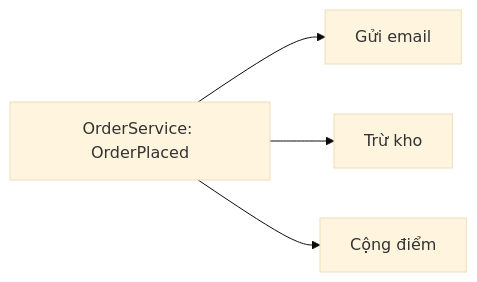
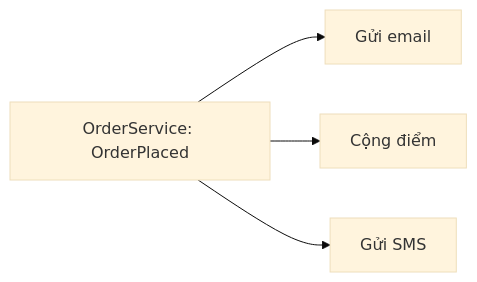
Before and after one commit to vielang/vielang: the diagram in content/it/kien-truc/04-design-pattern/04-observer.md, drawn with Mermaid (base theme). The commit also changed other lines of this file and 17 other files, not shown here.

````diff
--- a/content/it/kien-truc/04-design-pattern/04-observer.md
+++ b/content/it/kien-truc/04-design-pattern/04-observer.md
@@ -48,6 +49,6 @@
 ```mermaid OrderService phát một thông báo, nhiều bên cùng nghe
 flowchart LR
     O["OrderService: OrderPlaced"] --> E["Gửi email"]
-    O --> K["Trừ kho"]
-    O --> P["Cộng điểm"]
+    O --> K["Cộng điểm"]
+    O --> P["Gửi SMS"]
 ```
````
